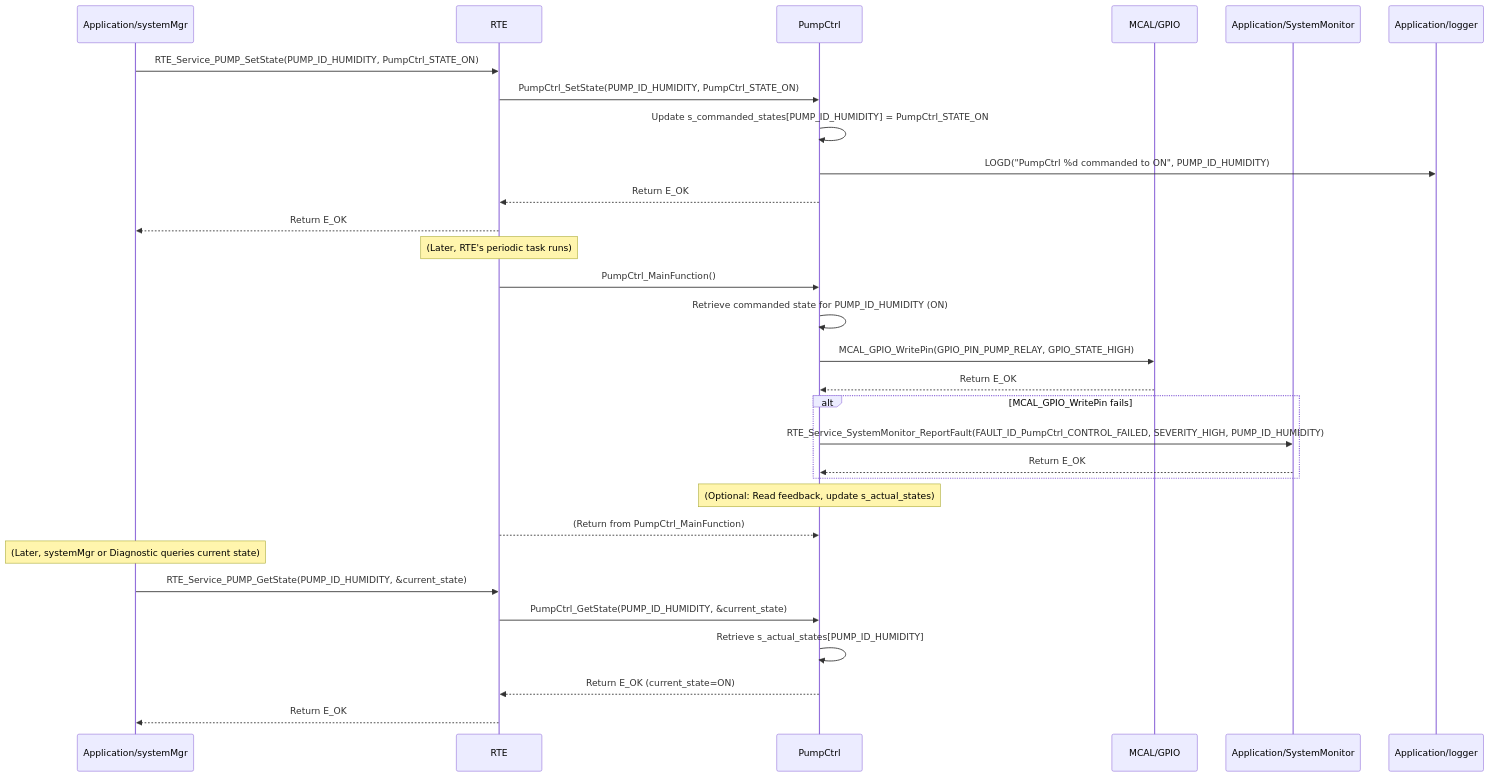
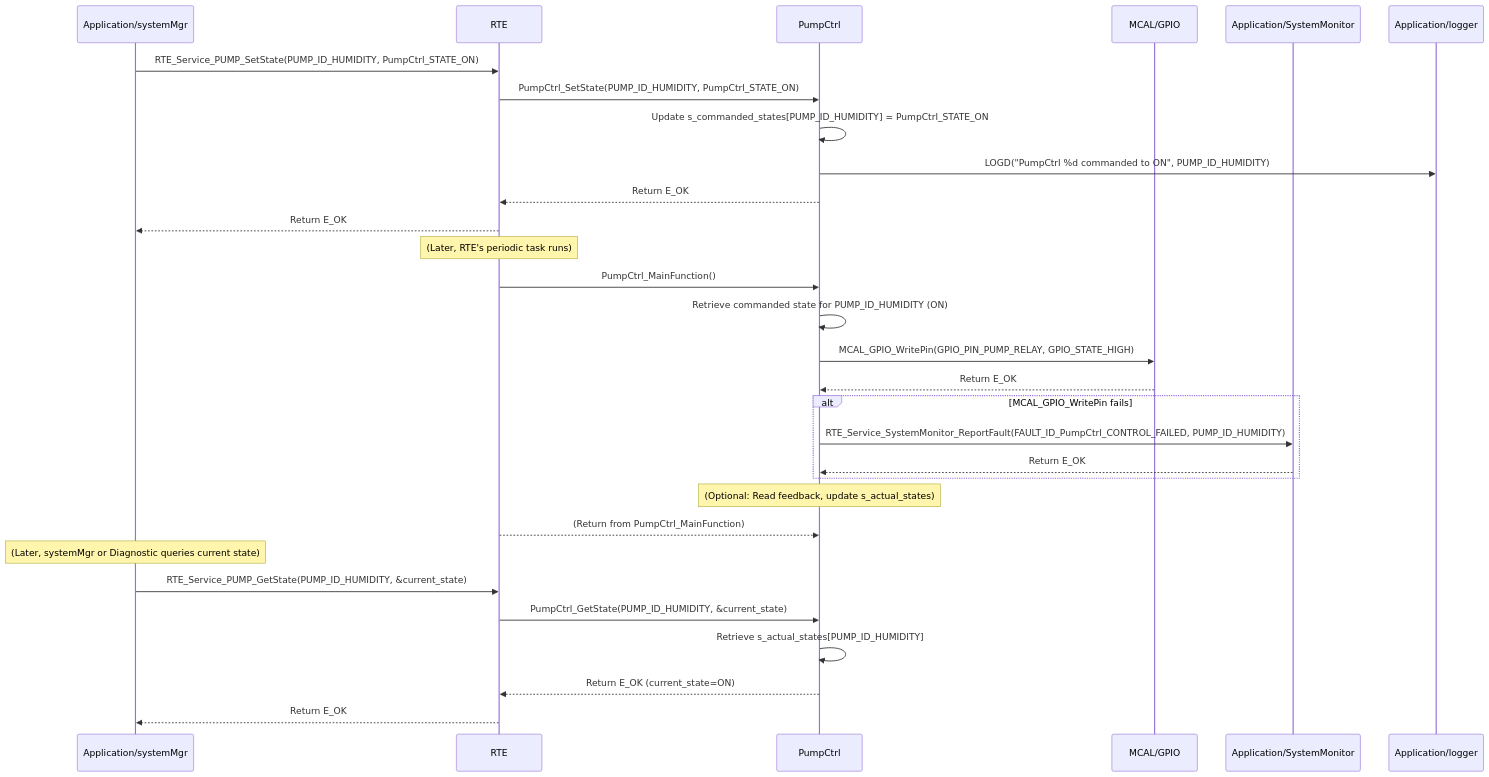
Before and after one commit to ashaker-2/Platform: the diagram in Requiremets/Design/Application/PumpControl.md, drawn with Mermaid. The commit also changed other lines of this file and 79 other files, not shown here.

````diff
--- a/Requiremets/Design/Application/PumpControl.md
+++ b/Requiremets/Design/Application/PumpControl.md
@@ -180,35 +185,35 @@
 ```mermaid
 sequenceDiagram  
     participant SystemMgr as Application/systemMgr  
     participant RTE as RTE  
     participant PumpCtrl as PumpCtrl  
     participant MCAL_GPIO as MCAL/GPIO  
     participant SystemMonitor as Application/SystemMonitor  
     participant Logger as Application/logger
 
     SystemMgr->>RTE: RTE_Service_PUMP_SetState(PUMP_ID_HUMIDITY, PumpCtrl_STATE_ON)  
     RTE->>PumpCtrl: PumpCtrl_SetState(PUMP_ID_HUMIDITY, PumpCtrl_STATE_ON)  
     PumpCtrl->>PumpCtrl: Update s_commanded_states[PUMP_ID_HUMIDITY] = PumpCtrl_STATE_ON  
     PumpCtrl->>Logger: LOGD("PumpCtrl %d commanded to ON", PUMP_ID_HUMIDITY)  
     PumpCtrl-->>RTE: Return E_OK  
     RTE-->>SystemMgr: Return E_OK
 
     Note over RTE: (Later, RTE's periodic task runs)  
     RTE->>PumpCtrl: PumpCtrl_MainFunction()  
     PumpCtrl->>PumpCtrl: Retrieve commanded state for PUMP_ID_HUMIDITY (ON)  
     PumpCtrl->>MCAL_GPIO: MCAL_GPIO_WritePin(GPIO_PIN_PUMP_RELAY, GPIO_STATE_HIGH)  
     MCAL_GPIO-->>PumpCtrl: Return E_OK  
     alt MCAL_GPIO_WritePin fails  
-        PumpCtrl->>SystemMonitor: RTE_Service_SystemMonitor_ReportFault(FAULT_ID_PumpCtrl_CONTROL_FAILED, SEVERITY_HIGH, PUMP_ID_HUMIDITY)  
+        PumpCtrl->>SystemMonitor: RTE_Service_SystemMonitor_ReportFault(FAULT_ID_PumpCtrl_CONTROL_FAILED,  PUMP_ID_HUMIDITY)  
         SystemMonitor-->>PumpCtrl: Return E_OK  
     end  
     Note over PumpCtrl: (Optional: Read feedback, update s_actual_states)  
     RTE-->>PumpCtrl: (Return from PumpCtrl_MainFunction)
 
     Note over SystemMgr: (Later, systemMgr or Diagnostic queries current state)  
     SystemMgr->>RTE: RTE_Service_PUMP_GetState(PUMP_ID_HUMIDITY, &current_state)  
     RTE->>PumpCtrl: PumpCtrl_GetState(PUMP_ID_HUMIDITY, &current_state)  
     PumpCtrl->>PumpCtrl: Retrieve s_actual_states[PUMP_ID_HUMIDITY]  
     PumpCtrl-->>RTE: Return E_OK (current_state=ON)  
     RTE-->>SystemMgr: Return E_OK
 ```
````
